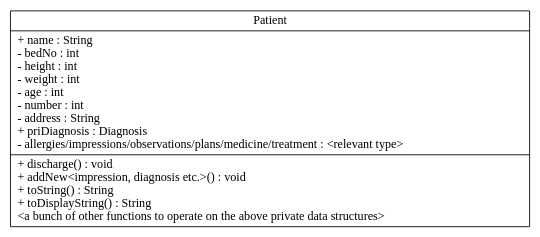
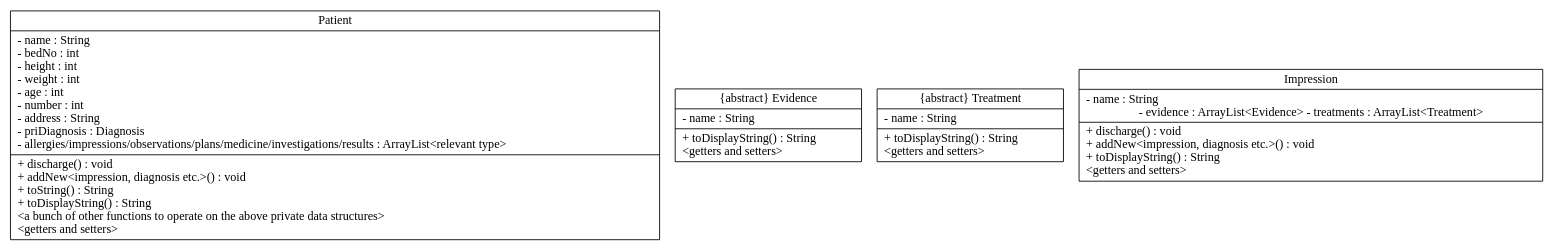
Before and after one commit to nusCS2113-AY1920S1/PersonalAssistant-Duke: the diagram in docs/images/dot/drduke.dot, drawn with Graphviz. The commit also changed 1 other file, not shown here.

Commit message:
Add Treatment, Impression and Evidence UML stubs

```diff
--- a/docs/images/dot/drduke.dot
+++ b/docs/images/dot/drduke.dot
@@ -1,45 +1,77 @@
 digraph main {
 
   graph [
     splines = ortho
   ]
 
   node [
     shape = "record"
   ]
 
   //data indexed by integers for quick, unambiguous access
   //separately provide the ability to search by various fields
   //toString() for data format
   //toDataString() for display format (GUI)
   Patient [
     label = "{Patient
-    |+ name : String\l
+    |- name : String\l
     - bedNo : int\l
     - height : int\l
     - weight : int\l
     - age : int\l
     - number : int\l
     - address : String\l
-    + priDiagnosis : Diagnosis\l
-    - allergies/impressions/observations/plans/medicine/treatment : \<relevant type\>\l
+    - priDiagnosis : Diagnosis\l
+    - allergies/impressions/observations/plans/medicine/investigations/results :
+      ArrayList\<relevant type\>\l
     |+ discharge() : void\l
     + addNew\<impression, diagnosis etc.\>() : void\l
     + toString() : String\l
     + toDisplayString() : String\l
     \<a bunch of other functions to operate on the above private data structures\>\l
+    \<getters and setters\>\l
+    }"
+  ]
+
+  //evidence: observations, results
+  Treatment [
+     label = "{\{abstract\} Evidence
+    |- name : String\l
+    |+ toDisplayString() : String\l
+    \<getters and setters\>\l
+    }"
+  ]
+
+  //treatment: plans, medicine, investigation
+  Evidence [
+     label = "{\{abstract\} Treatment
+    |- name : String\l
+    |+ toDisplayString() : String\l
+    \<getters and setters\>\l
+    }"
+  ]
+
+  Impression [
+    label = "{Impression
+    |- name : String\l
+    - evidence : ArrayList\<Evidence\>
+    - treatments : ArrayList\<Treatment\>
+    |+ discharge() : void\l
+    + addNew\<impression, diagnosis etc.\>() : void\l
+    + toDisplayString() : String\l
+    \<getters and setters\>\l
     }"
   ]
 
   //references
 
   edge [
     arrowhead = "vee"
   ]
 
   //subclass relations
 
   edge [
     arrowhead = "empty"
   ]
 }
```
